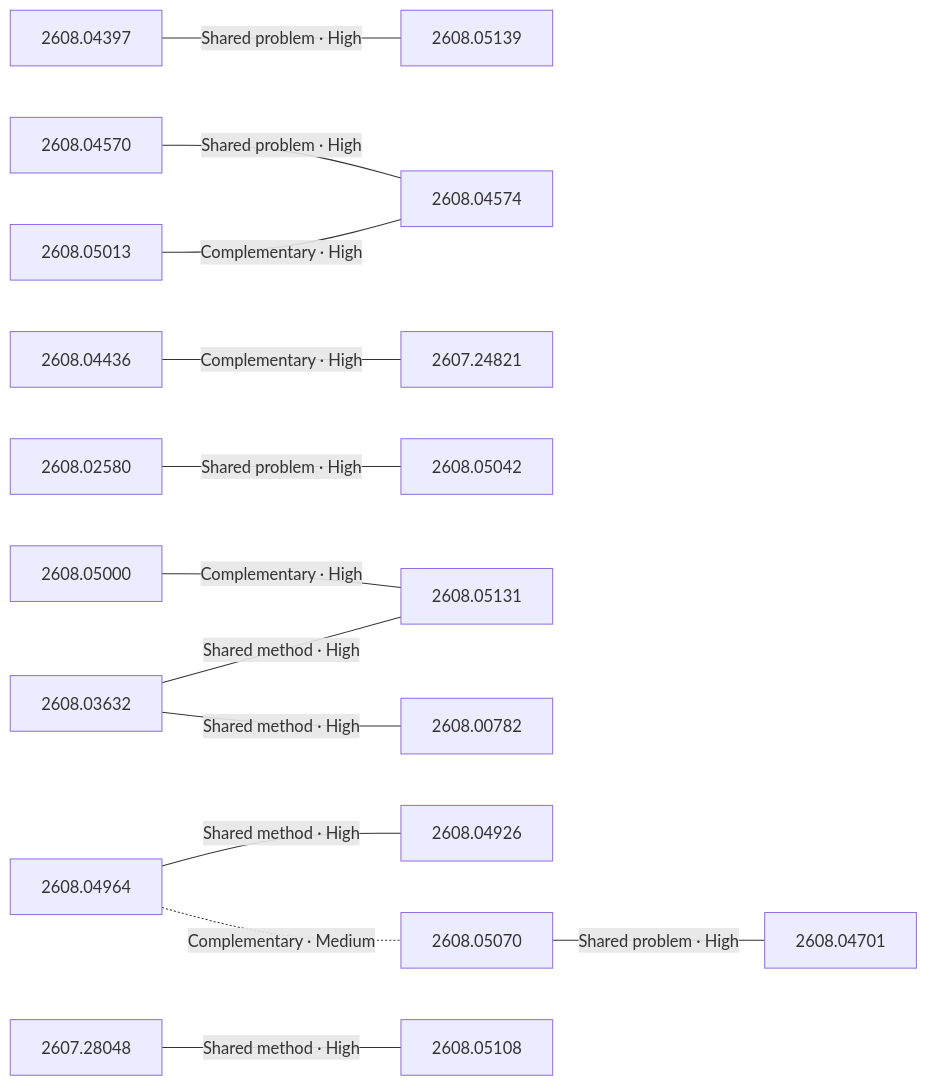
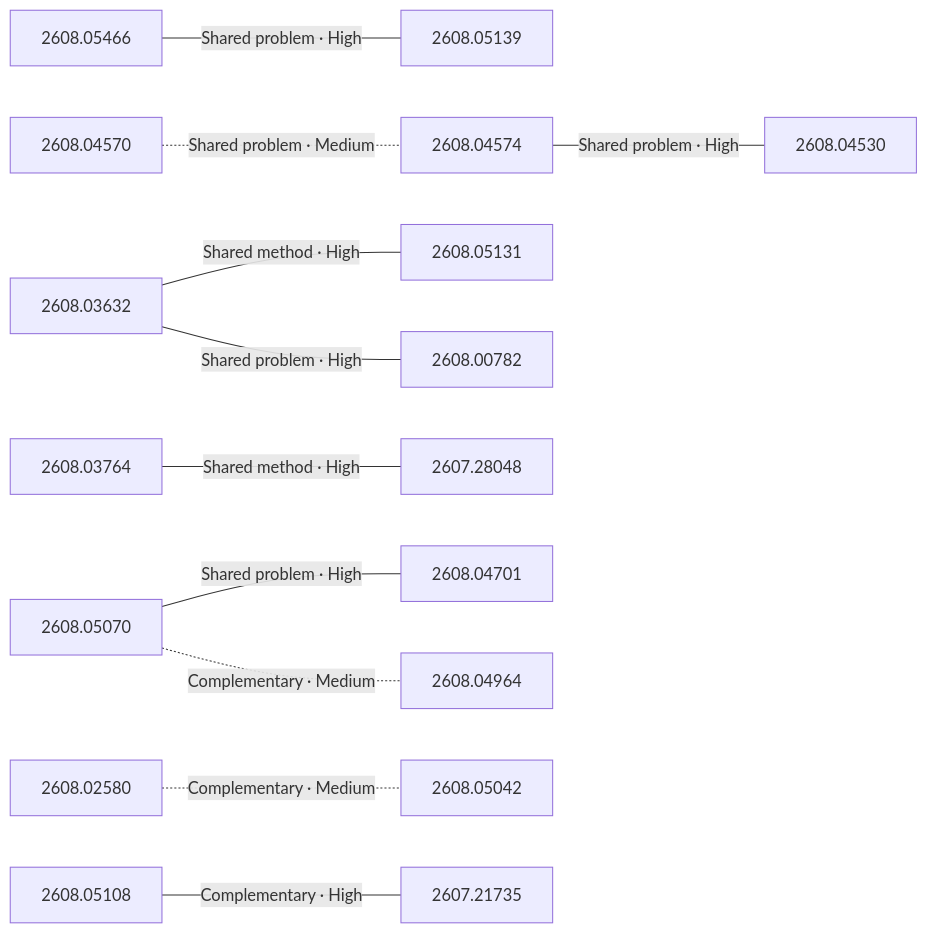
Before and after one commit to vollero/hf-daily-paper-summaries: the diagram in summaries/2026/08/2026-08-06/relationships.md, drawn with Mermaid. The commit also changed other lines of this file and 13 other files, not shown here.

Commit message:
Publish summary, analyses, and graph 2026-08-06

````diff
--- a/summaries/2026/08/2026-08-06/relationships.md
+++ b/summaries/2026/08/2026-08-06/relationships.md
@@ -26,36 +26,32 @@
 ```mermaid
 flowchart LR
   accTitle: Same-day paper relationships
   accDescr: Editorial hypotheses connecting papers from this daily collection.
-  c1["2608.04436"]
-  c2["2608.04570"]
-  c3["2608.05000"]
-  c4["2608.05013"]
-  c5["2608.03632"]
-  c6["2608.04397"]
+  c2["2608.05466"]
+  c5["2608.04570"]
   c7["2608.05139"]
-  c8["2608.02580"]
-  c9["2608.04574"]
-  c10["2607.24821"]
-  c11["2608.04964"]
+  c8["2608.03764"]
+  c9["2608.02580"]
+  c10["2608.03632"]
   c12["2608.05070"]
-  c14["2608.05042"]
-  c15["2608.04701"]
-  c17["2608.05131"]
-  c19["2607.28048"]
-  c20["2608.00782"]
-  c21["2608.05108"]
-  c22["2608.04926"]
-  c5 ---|"Shared method · High"| c17
-  c5 ---|"Shared method · High"| c20
-  c3 ---|"Complementary · High"| c17
-  c2 ---|"Shared problem · High"| c9
-  c4 ---|"Complementary · High"| c9
-  c19 ---|"Shared method · High"| c21
-  c6 ---|"Shared problem · High"| c7
-  c8 ---|"Shared problem · High"| c14
-  c11 ---|"Shared method · High"| c22
-  c12 ---|"Shared problem · High"| c15
-  c11 -.-|"Complementary · Medium"| c12
-  c1 ---|"Complementary · High"| c10
+  c15["2608.00782"]
+  c16["2608.04574"]
+  c17["2608.04530"]
+  c18["2608.04964"]
+  c20["2607.28048"]
+  c22["2608.05131"]
+  c23["2608.05042"]
+  c25["2608.04701"]
+  c26["2608.05108"]
+  c32["2607.21735"]
+  c16 ---|"Shared problem · High"| c17
+  c8 ---|"Shared method · High"| c20
+  c10 ---|"Shared method · High"| c22
+  c10 ---|"Shared problem · High"| c15
+  c12 ---|"Shared problem · High"| c25
+  c12 -.-|"Complementary · Medium"| c18
+  c2 ---|"Shared problem · High"| c7
+  c26 ---|"Complementary · High"| c32
+  c5 -.-|"Shared problem · Medium"| c16
+  c9 -.-|"Complementary · Medium"| c23
 ```
````
